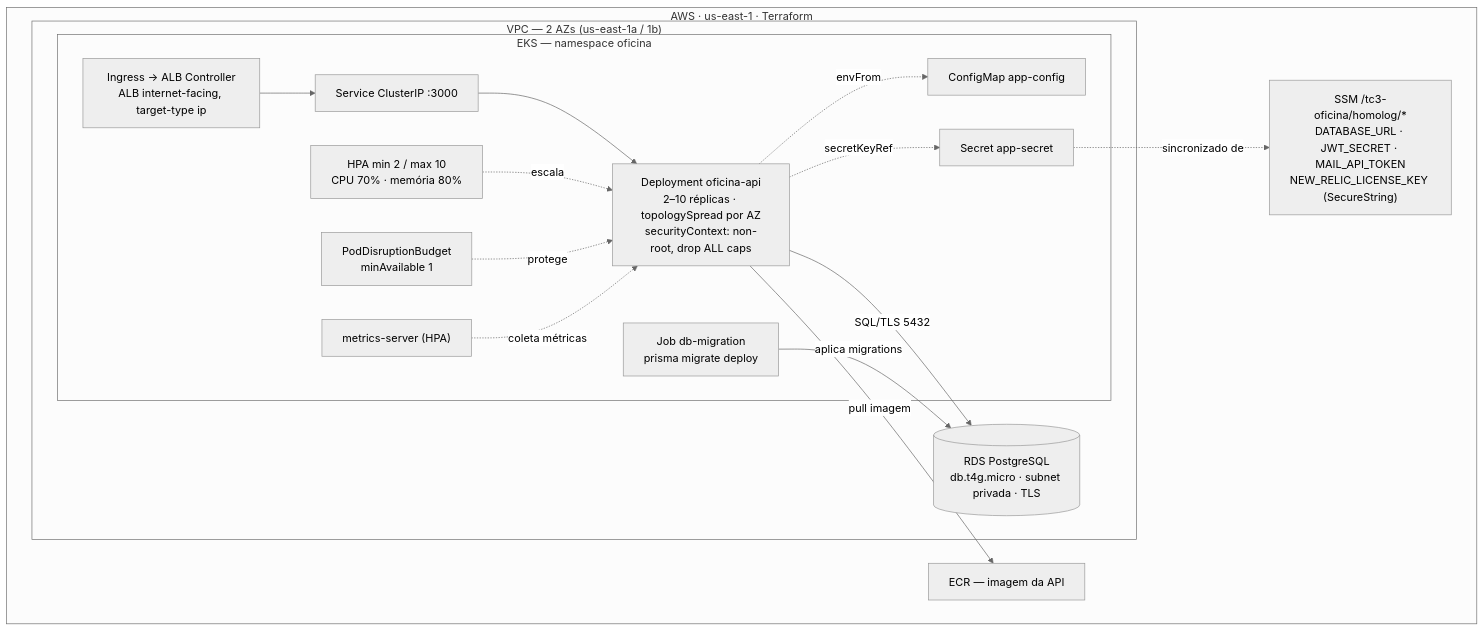
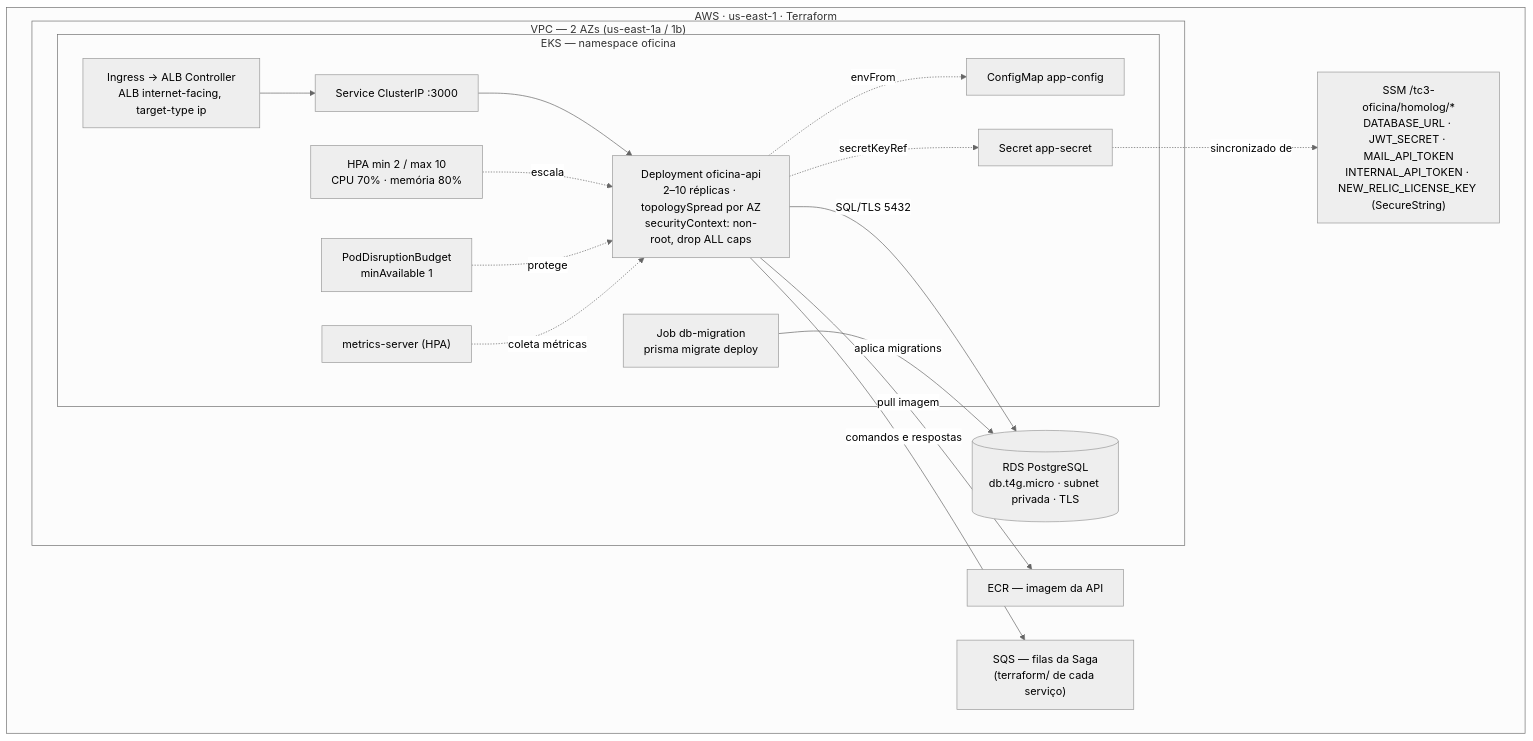
The seventh of 11 diagrams in README.md (LucasValada/tech-challenge-fiap), drawn with Mermaid (neutral theme) before and after one commit. The commit also changed other lines of this file and 25 other files, not shown here.

````diff
--- a/README.md
+++ b/README.md
@@ -259,32 +487,34 @@
 ```mermaid
 graph TB
     subgraph AWS["AWS · us-east-1 · Terraform"]
         subgraph VPC["VPC — 2 AZs (us-east-1a / 1b)"]
             subgraph EKS["EKS — namespace oficina"]
                 Ingress["Ingress → ALB Controller<br/>ALB internet-facing, target-type ip"]
                 Svc["Service ClusterIP :3000"]
                 Deploy["Deployment oficina-api<br/>2–10 réplicas · topologySpread por AZ<br/>securityContext: non-root, drop ALL caps"]
                 HPA["HPA min 2 / max 10<br/>CPU 70% · memória 80%"]
                 PDB["PodDisruptionBudget<br/>minAvailable 1"]
                 CM["ConfigMap app-config"]
                 Sec["Secret app-secret"]
                 Job["Job db-migration<br/>prisma migrate deploy"]
                 MS["metrics-server (HPA)"]
             end
             RDS[("RDS PostgreSQL<br/>db.t4g.micro · subnet privada · TLS")]
         end
         ECR["ECR — imagem da API"]
-        SSM["SSM /tc3-oficina/homolog/*<br/>DATABASE_URL · JWT_SECRET · MAIL_API_TOKEN<br/>NEW_RELIC_LICENSE_KEY (SecureString)"]
+        SSM["SSM /tc3-oficina/homolog/*<br/>DATABASE_URL · JWT_SECRET · MAIL_API_TOKEN<br/>INTERNAL_API_TOKEN · NEW_RELIC_LICENSE_KEY (SecureString)"]
+        SQS["SQS — filas da Saga<br/>(terraform/ de cada serviço)"]
     end
 
     Ingress --> Svc --> Deploy
     HPA -.->|escala| Deploy
     PDB -.->|protege| Deploy
     Deploy -.->|envFrom| CM
     Deploy -.->|secretKeyRef| Sec
     Deploy -->|"SQL/TLS 5432"| RDS
     Deploy -->|pull imagem| ECR
+    Deploy -->|"comandos e respostas"| SQS
     Sec -.->|sincronizado de| SSM
     Job -->|aplica migrations| RDS
     MS -.->|coleta métricas| Deploy
 ```
````
